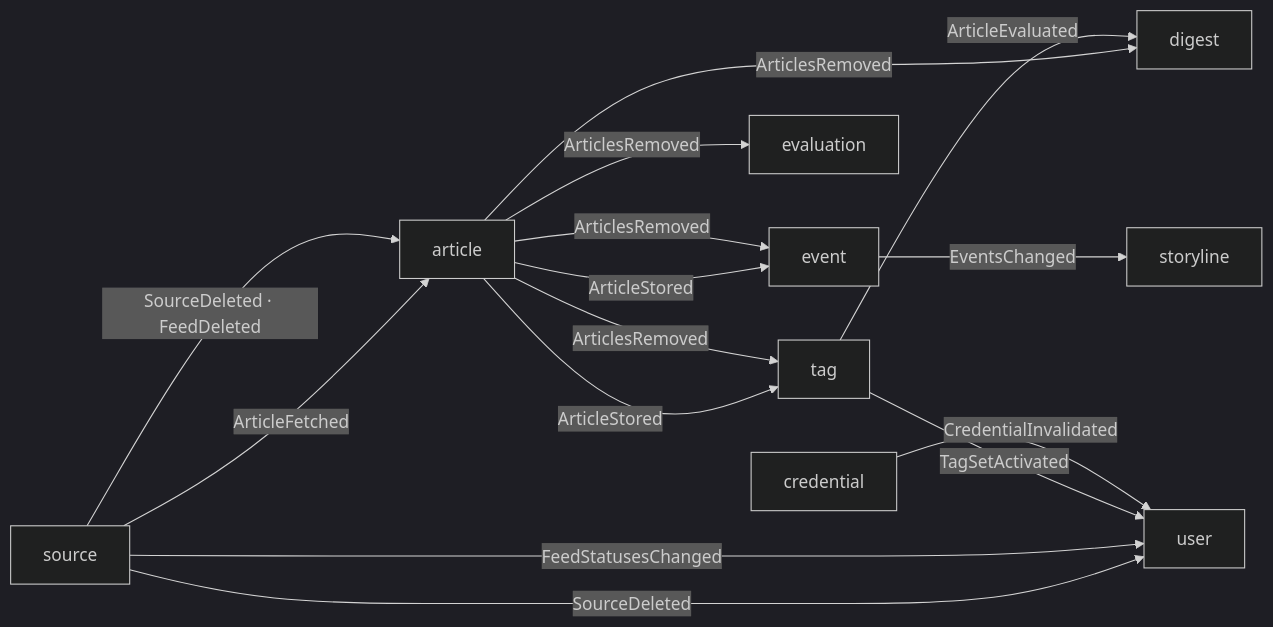
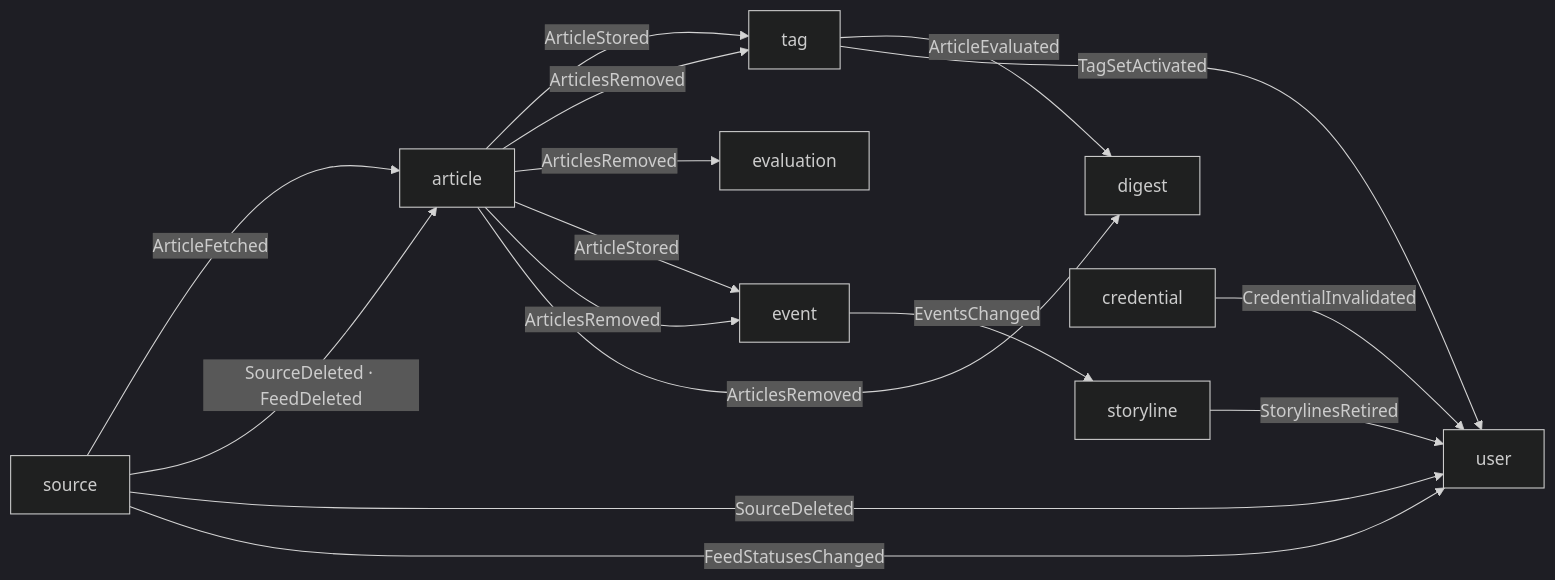
The second of 2 diagrams in docs/overview.md (Theia0382/yozm-news), drawn with Mermaid (dark theme) before and after one commit. The commit also changed other lines of this file and 15 other files, not shown here.

````diff
--- a/docs/overview.md
+++ b/docs/overview.md
@@ -137,17 +137,18 @@
 ```mermaid
 flowchart LR
     source -- ArticleFetched --> article
     source -- SourceDeleted · FeedDeleted --> article
     source -- SourceDeleted --> user
     source -- FeedStatusesChanged --> user
     article -- ArticleStored --> tag
     article -- ArticlesRemoved --> tag
     article -- ArticlesRemoved --> evaluation
     article -- ArticleStored --> event
     article -- ArticlesRemoved --> event
     article -- ArticlesRemoved --> digest
     event -- EventsChanged --> storyline
     tag -- ArticleEvaluated --> digest
     tag -- TagSetActivated --> user
+    storyline -- StorylinesRetired --> user
     credential -- CredentialInvalidated --> user
 ```
````
